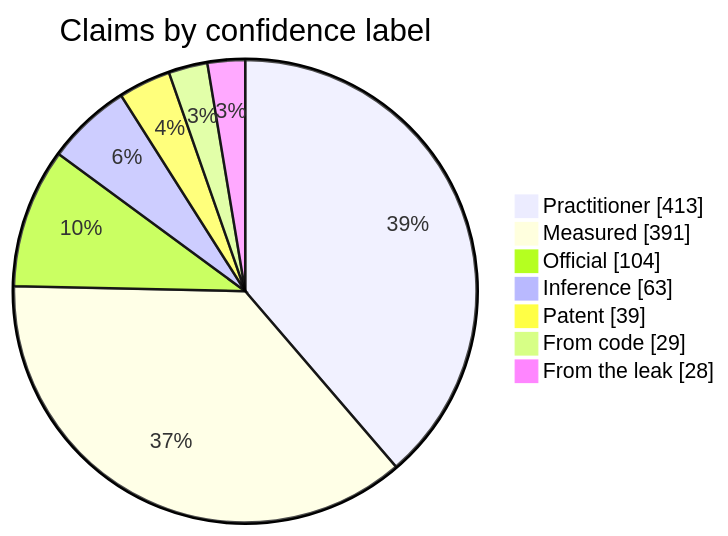
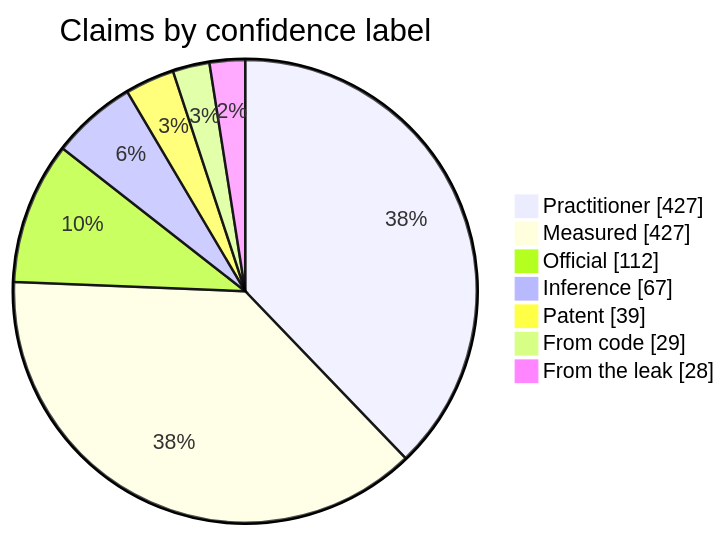
The second of 3 diagrams in README.md (GetBelki/SEO-GEO-Playbook), drawn with Mermaid before and after one commit. The commit also changed other lines of this file and 20 other files, not shown here.

````diff
--- a/README.md
+++ b/README.md
@@ -58,11 +58,11 @@
 ```mermaid
 pie showData
     title Claims by confidence label
-    "Practitioner" : 413
-    "Measured" : 391
-    "Official" : 104
-    "Inference" : 63
+    "Practitioner" : 427
+    "Measured" : 427
+    "Official" : 112
+    "Inference" : 67
     "Patent" : 39
     "From code" : 29
     "From the leak" : 28
 ```
````
